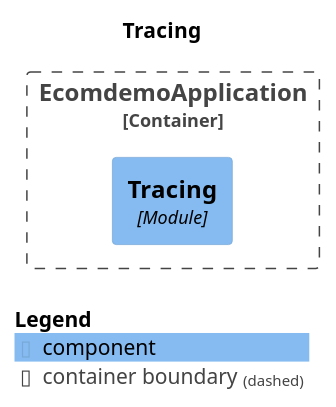
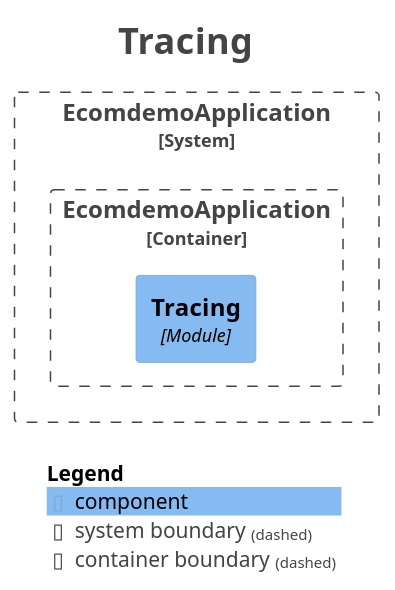
One commit to mr-sujay-patil/ecomdemo changed the diagram in docs/modules/module-tracing.puml. Above: the diagram before and after it, drawn with PlantUML. The commit also changed 17 other files, not shown here.

```diff
--- a/docs/modules/module-tracing.puml
+++ b/docs/modules/module-tracing.puml
@@ -1,17 +1,27 @@
 @startuml
+title <size:24>Tracing</size>
+
 set separator none
-title Tracing
+top to bottom direction
 
-top to bottom direction
+<style>
+  root {
+    BackgroundColor: #ffffff
+    FontColor: #444444
+  }
+</style>
 
 !include <C4/C4>
 !include <C4/C4_Context>
 !include <C4/C4_Component>
 
-Container_Boundary("EcomdemoApplication.EcomdemoApplication_boundary", "EcomdemoApplication", $tags="") {
-  Component(EcomdemoApplication.EcomdemoApplication.Tracing, "Tracing", $techn="Module", $descr="", $tags="", $link="")
+System_Boundary("EcomdemoApplication_boundary", "EcomdemoApplication", $tags="") {
+  Container_Boundary("EcomdemoApplication.EcomdemoApplication_boundary", "EcomdemoApplication", $tags="") {
+    Component(EcomdemoApplication.EcomdemoApplication.Tracing, "Tracing", $techn="Module", $descr="", $tags="", $link="")
+  }
+
 }
 
-
 SHOW_LEGEND(true)
+hide stereotypes
 @enduml
```
